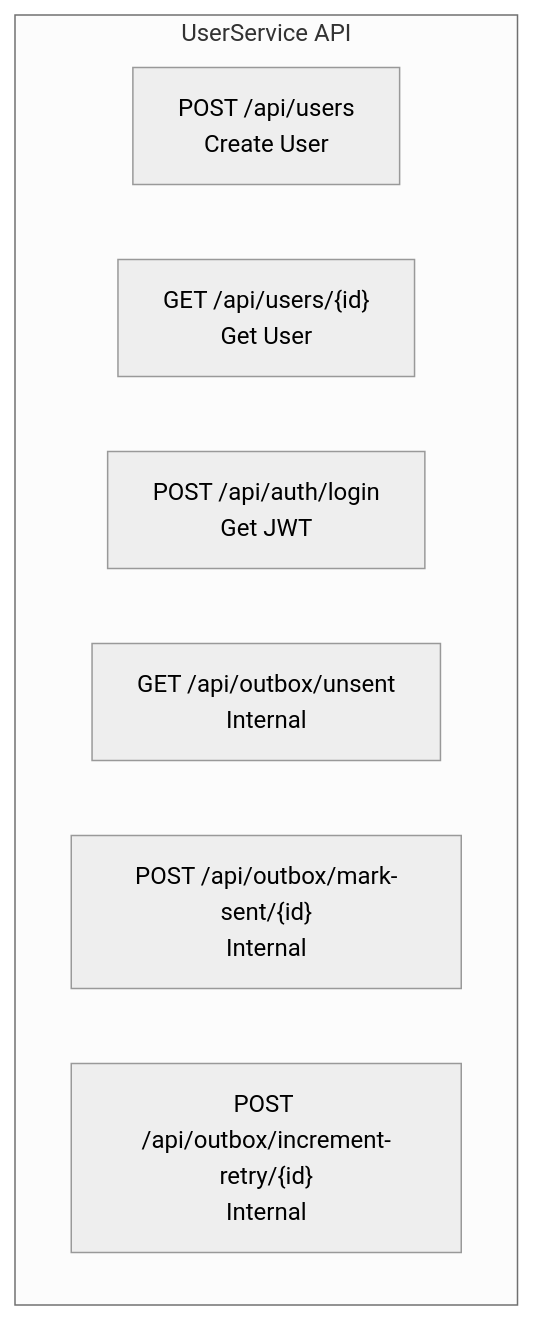
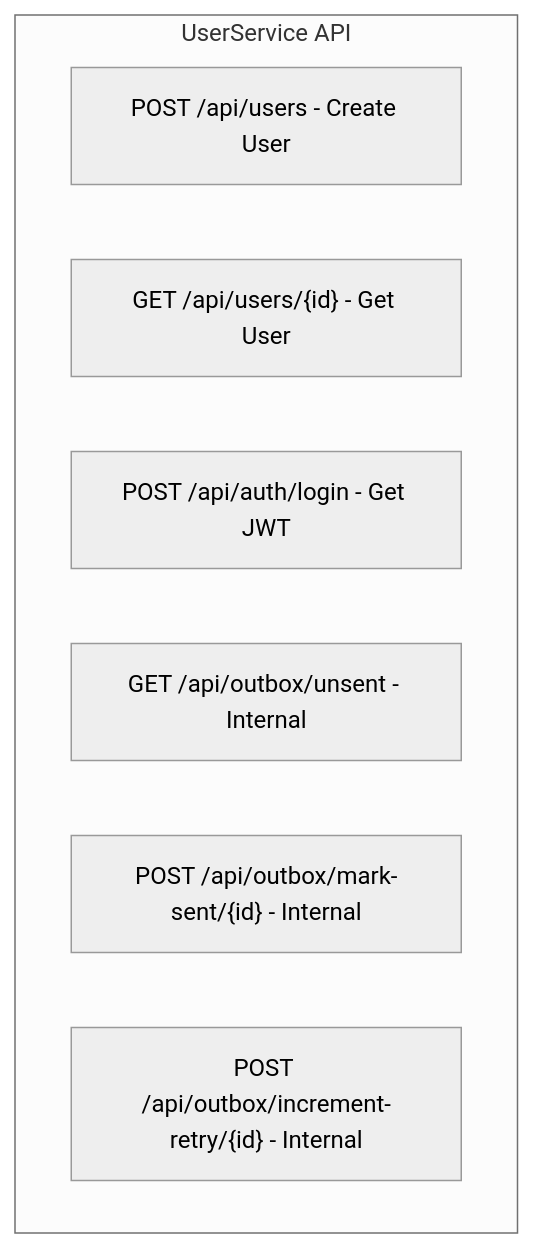
The third of 3 diagrams in README.md (sumonnwe/microservice-ecommerce), drawn with Mermaid (neutral theme) before and after one commit. The commit also changed other lines of this file, not shown here.

````diff
--- a/README.md
+++ b/README.md
@@ -169,12 +169,12 @@
 ```mermaid
 flowchart TB
   subgraph "UserService API"
-    U1["POST /api/users\nCreate User"]
-    U2["GET /api/users/{id}\nGet User"]
-    A1["POST /api/auth/login\nGet JWT"]
-    O1["GET /api/outbox/unsent\nInternal"]
-    O2["POST /api/outbox/mark-sent/{id}\nInternal"]
-    O3["POST /api/outbox/increment-retry/{id}\nInternal"]
+    U1["POST /api/users - Create User"]
+    U2["GET /api/users/{id} - Get User"]
+    A1["POST /api/auth/login - Get JWT"]
+    O1["GET /api/outbox/unsent - Internal"]
+    O2["POST /api/outbox/mark-sent/{id} - Internal"]
+    O3["POST /api/outbox/increment-retry/{id} - Internal"]
   end
 
 ```
````
